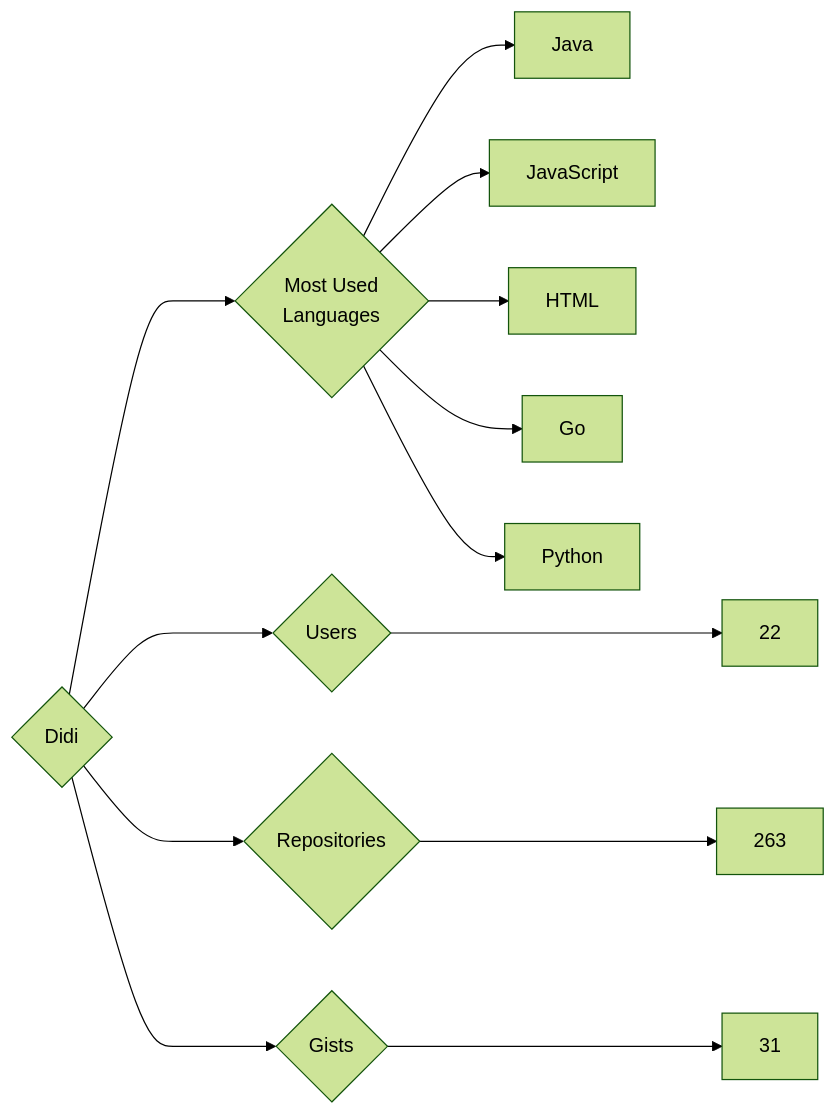
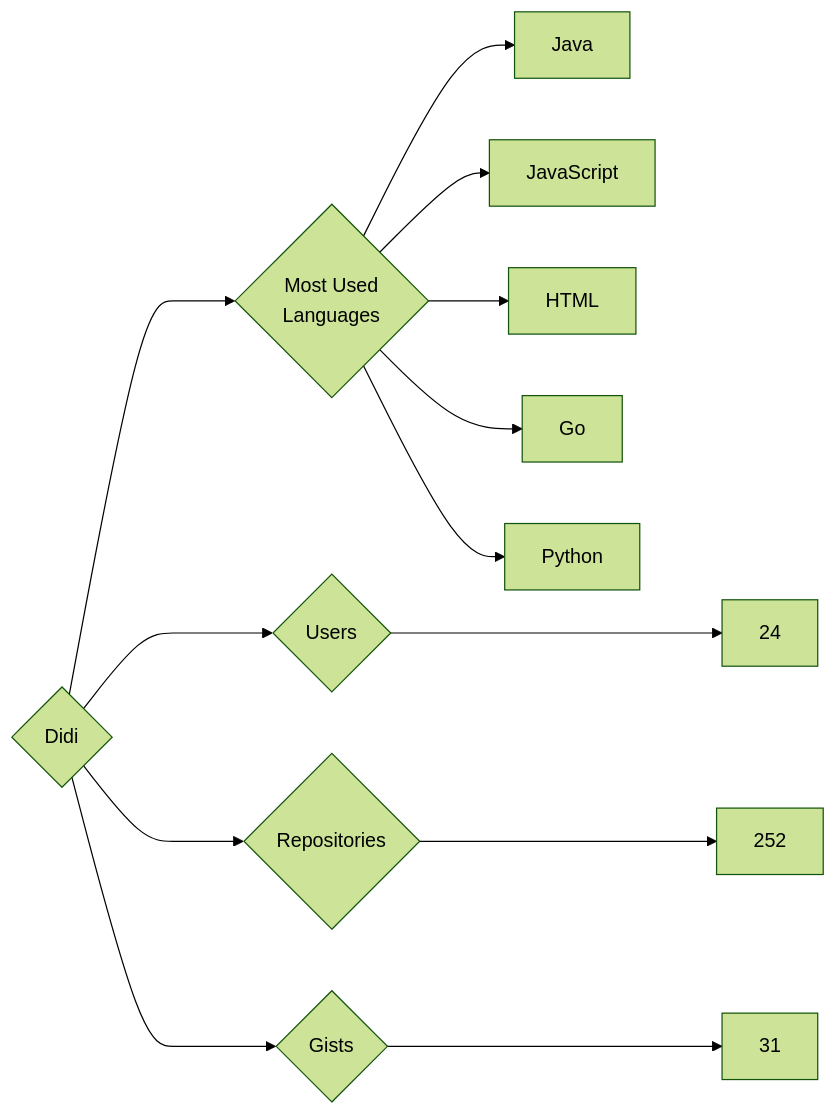
The diagram in targets/Didi/README.md (trickest/insiders), drawn with Mermaid (forest theme) before and after one commit. The commit also changed 900 other files, not shown here.

````diff
--- a/targets/Didi/README.md
+++ b/targets/Didi/README.md
@@ -3,13 +3,13 @@
 ```mermaid
 graph LR
 COMPANY_NAME{Didi}
-COMPANY_NAME ---> U{Users} ---> UN[22]
-COMPANY_NAME ---> R{Repositories} ---> RN[263]
+COMPANY_NAME ---> U{Users} ---> UN[24]
+COMPANY_NAME ---> R{Repositories} ---> RN[252]
 COMPANY_NAME ---> G{Gists} ---> GN[31]
 COMPANY_NAME ---> ML{Most Used<br>Languages}
 ML --> Java[Java]
 ML --> JavaScript[JavaScript]
 ML --> HTML[HTML]
 ML --> Go[Go]
 ML --> Python[Python]
 ```
````
